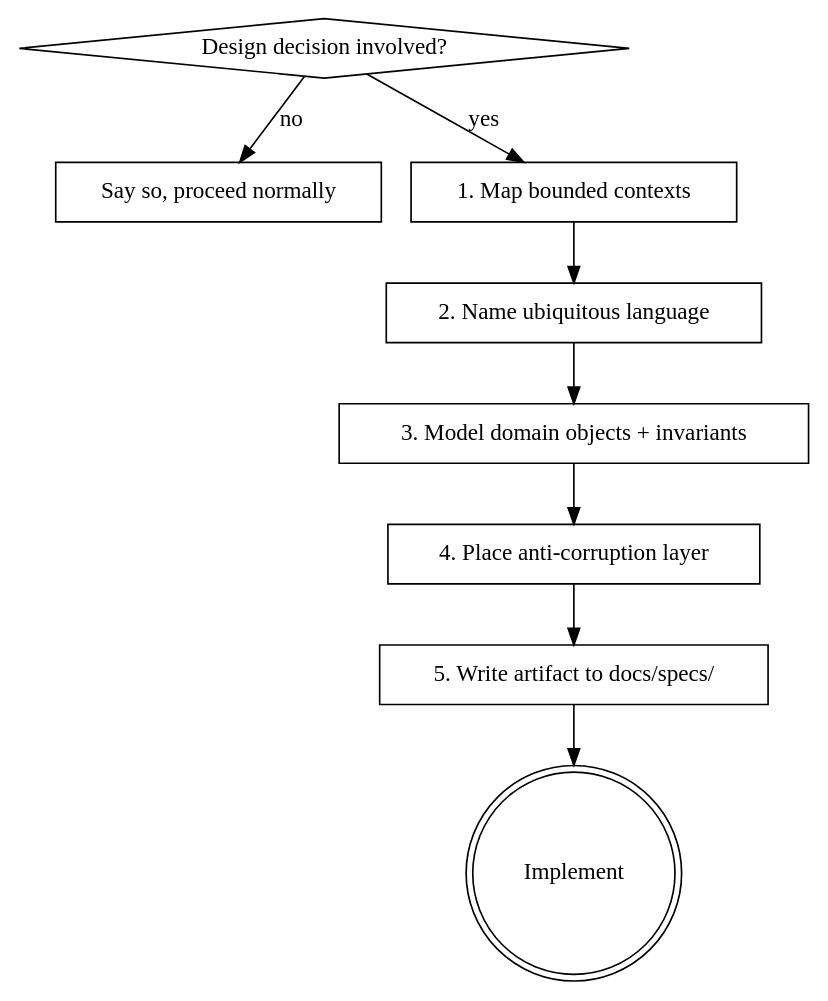
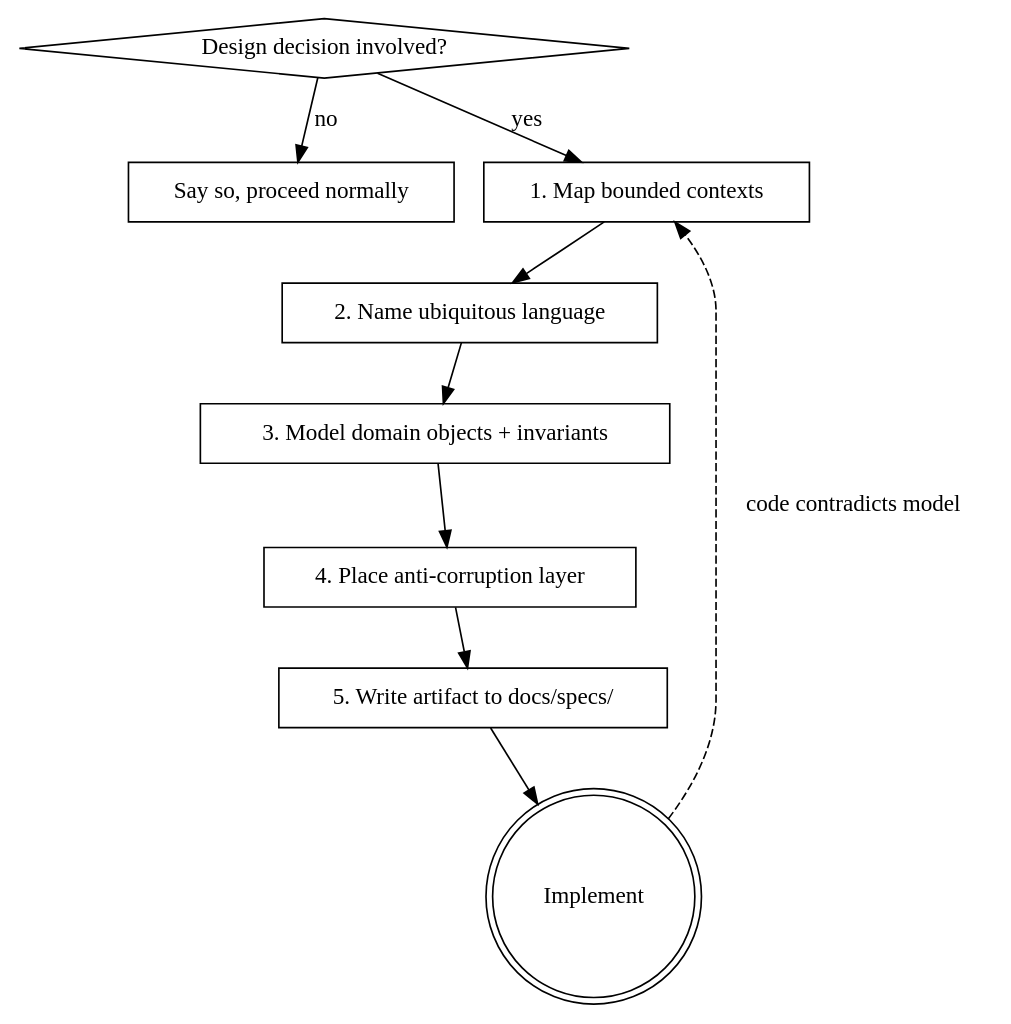
The diagram in plugins/ddd/skills/domain-driven-design/SKILL.md (guygrigsby/claude-plugins), drawn with Graphviz before and after one commit. The commit also changed other lines of this file and 9 other files, not shown here.

Commit message:
ddd: 0.3.0 align with Evans and Vernon: subdomain distillation, language-sized contexts, explicit-concept test for objects, cross-aggregate rules via events, aggregate rules of the road, Separate Ways and Partnership, model feedback loop

````diff
--- a/plugins/ddd/skills/domain-driven-design/SKILL.md
+++ b/plugins/ddd/skills/domain-driven-design/SKILL.md
@@ -41,20 +41,21 @@
 ```dot
 digraph ddd {
     "Design decision involved?" [shape=diamond];
     "Say so, proceed normally" [shape=box];
     "1. Map bounded contexts" [shape=box];
     "2. Name ubiquitous language" [shape=box];
     "3. Model domain objects + invariants" [shape=box];
     "4. Place anti-corruption layer" [shape=box];
     "5. Write artifact to docs/specs/" [shape=box];
     "Implement" [shape=doublecircle];
 
     "Design decision involved?" -> "Say so, proceed normally" [label="no"];
     "Design decision involved?" -> "1. Map bounded contexts" [label="yes"];
     "1. Map bounded contexts" -> "2. Name ubiquitous language";
     "2. Name ubiquitous language" -> "3. Model domain objects + invariants";
     "3. Model domain objects + invariants" -> "4. Place anti-corruption layer";
     "4. Place anti-corruption layer" -> "5. Write artifact to docs/specs/";
     "5. Write artifact to docs/specs/" -> "Implement";
+    "Implement" -> "1. Map bounded contexts" [label="code contradicts model", style=dashed];
 }
 ```
````
